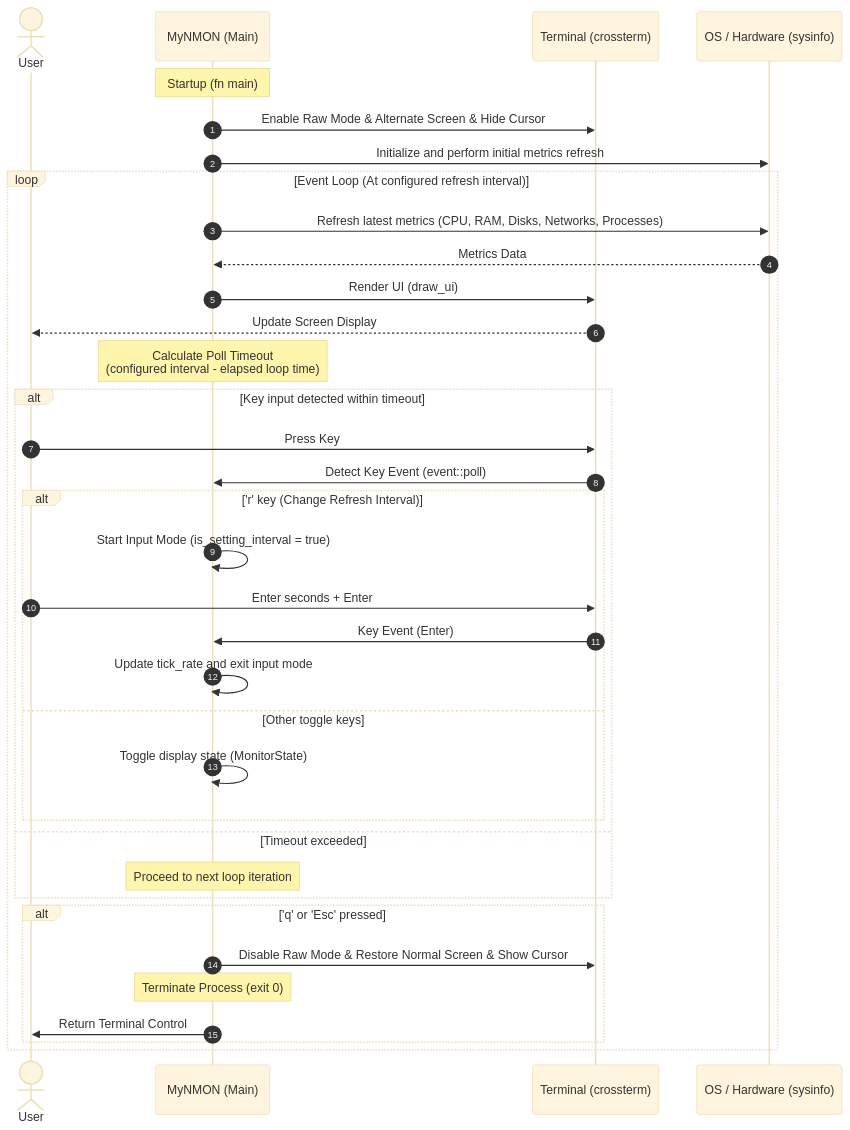
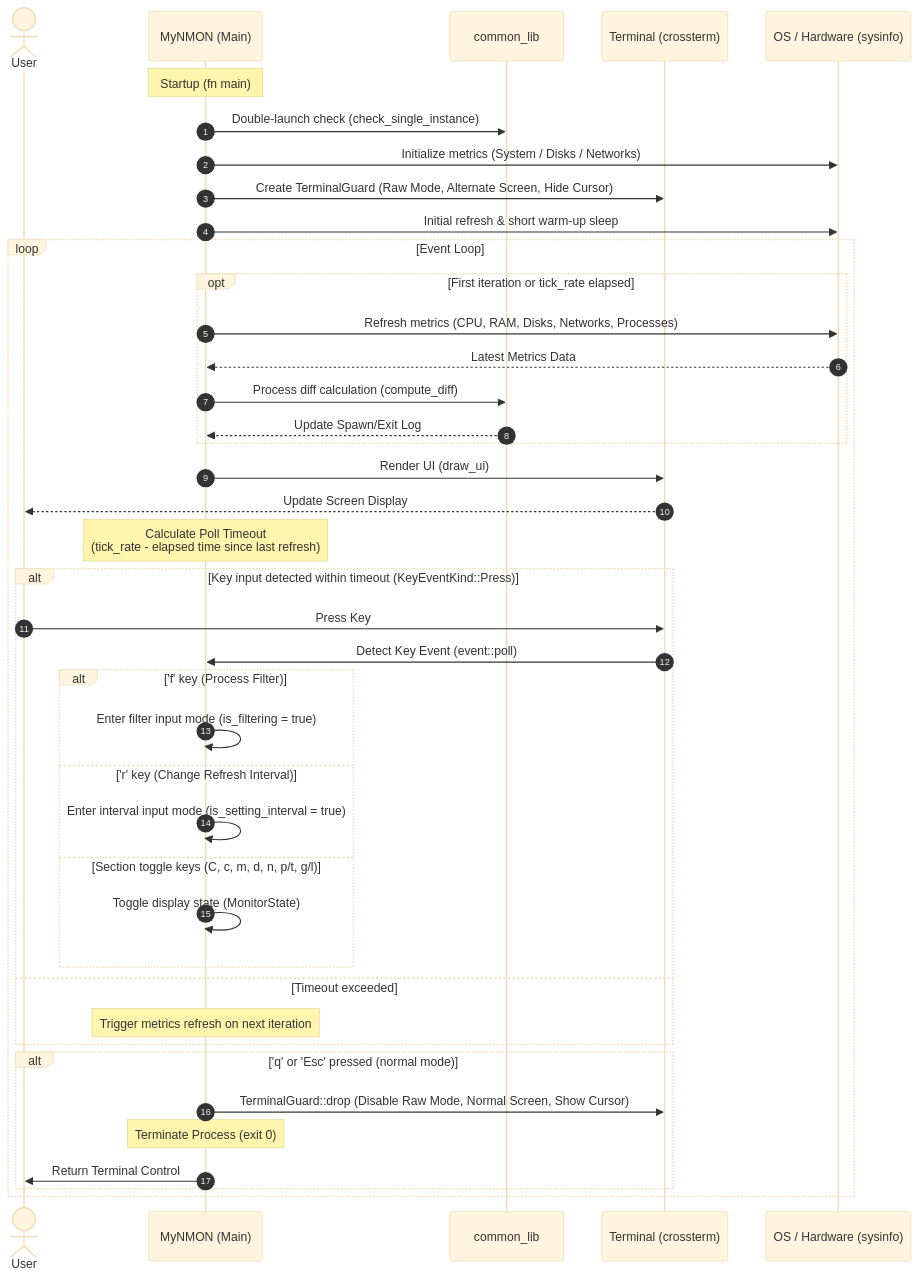
One commit to tkshnkgwr/MyNMON changed the first of 2 diagrams in docs/en/DIAGRAM.md. Above: the diagram before and after it, drawn with Mermaid (base theme). The commit also changed other lines of this file and 26 other files, not shown here.

````diff
--- a/docs/en/DIAGRAM.md
+++ b/docs/en/DIAGRAM.md
@@ -13,42 +13,49 @@
 ```mermaid
 sequenceDiagram
     autonumber
     actor User as User
     participant App as MyNMON (Main)
+    participant Common as common_lib
     participant Term as Terminal (crossterm)
     participant System as OS / Hardware (sysinfo)
 
     Note over App: Startup (fn main)
-    App->>Term: Enable Raw Mode & Alternate Screen & Hide Cursor
-    App->>System: Initialize and perform initial metrics refresh
+    App->>Common: Double-launch check (check_single_instance)
+    App->>System: Initialize metrics (System / Disks / Networks)
+    App->>Term: Create TerminalGuard (Raw Mode, Alternate Screen, Hide Cursor)
+    App->>System: Initial refresh & short warm-up sleep
 
-    loop Event Loop (At configured refresh interval)
-        App->>System: Refresh latest metrics (CPU, RAM, Disks, Networks, Processes)
-        System-->>App: Metrics Data
+    loop Event Loop
+        opt First iteration or tick_rate elapsed
+            App->>System: Refresh metrics (CPU, RAM, Disks, Networks, Processes)
+            System-->>App: Latest Metrics Data
+            App->>Common: Process diff calculation (compute_diff)
+            Common-->>App: Update Spawn/Exit Log
+        end
+
         App->>Term: Render UI (draw_ui)
         Term-->>User: Update Screen Display
 
-        Note over App: Calculate Poll Timeout<br/>(configured interval - elapsed loop time)
-        
-        alt Key input detected within timeout
+        Note over App: Calculate Poll Timeout<br/>(tick_rate - elapsed time since last refresh)
+
+        alt Key input detected within timeout (KeyEventKind::Press)
             User->>Term: Press Key
             Term->>App: Detect Key Event (event::poll)
-            alt 'r' key (Change Refresh Interval)
-                App->>App: Start Input Mode (is_setting_interval = true)
-                User->>Term: Enter seconds + Enter
-                Term->>App: Key Event (Enter)
-                App->>App: Update tick_rate and exit input mode
-            else Other toggle keys
+            alt 'f' key (Process Filter)
+                App->>App: Enter filter input mode (is_filtering = true)
+            else 'r' key (Change Refresh Interval)
+                App->>App: Enter interval input mode (is_setting_interval = true)
+            else Section toggle keys (C, c, m, d, n, p/t, g/l)
                 App->>App: Toggle display state (MonitorState)
             end
         else Timeout exceeded
-            Note over App: Proceed to next loop iteration
+            Note over App: Trigger metrics refresh on next iteration
         end
-        
-        alt 'q' or 'Esc' pressed
-            App->>Term: Disable Raw Mode & Restore Normal Screen & Show Cursor
+
+        alt 'q' or 'Esc' pressed (normal mode)
+            App->>Term: TerminalGuard::drop (Disable Raw Mode, Normal Screen, Show Cursor)
             Note over App: Terminate Process (exit 0)
             App->>User: Return Terminal Control
         end
     end
 ```
````
